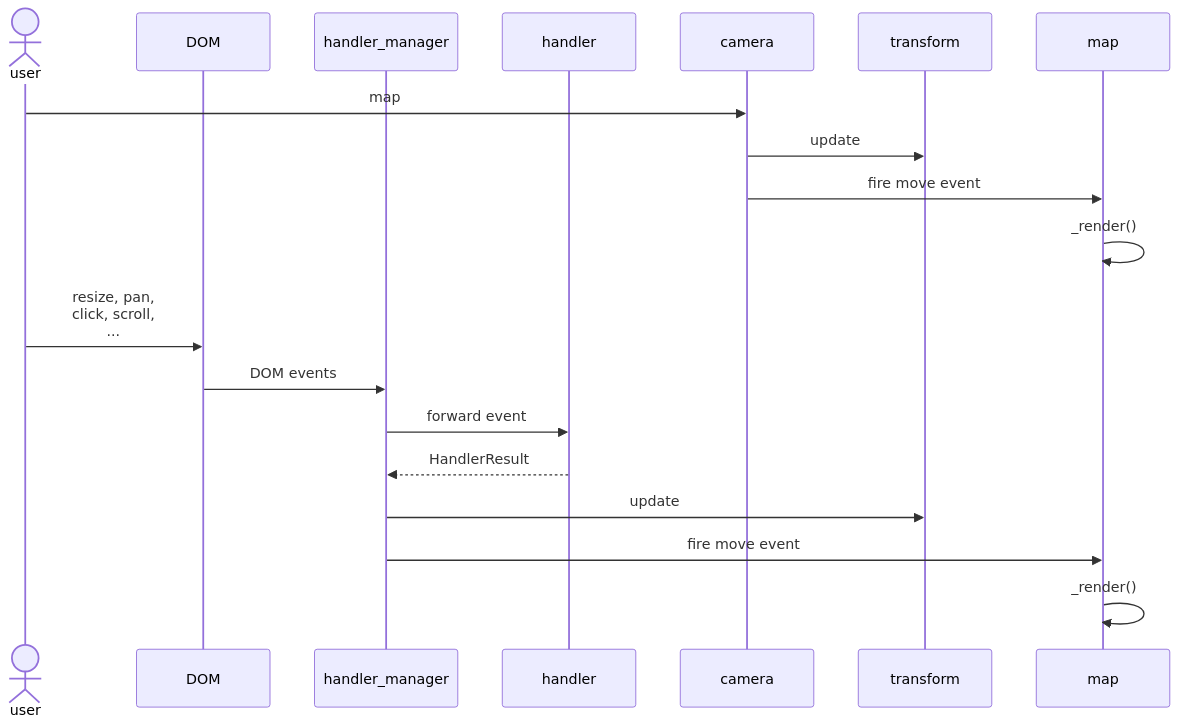
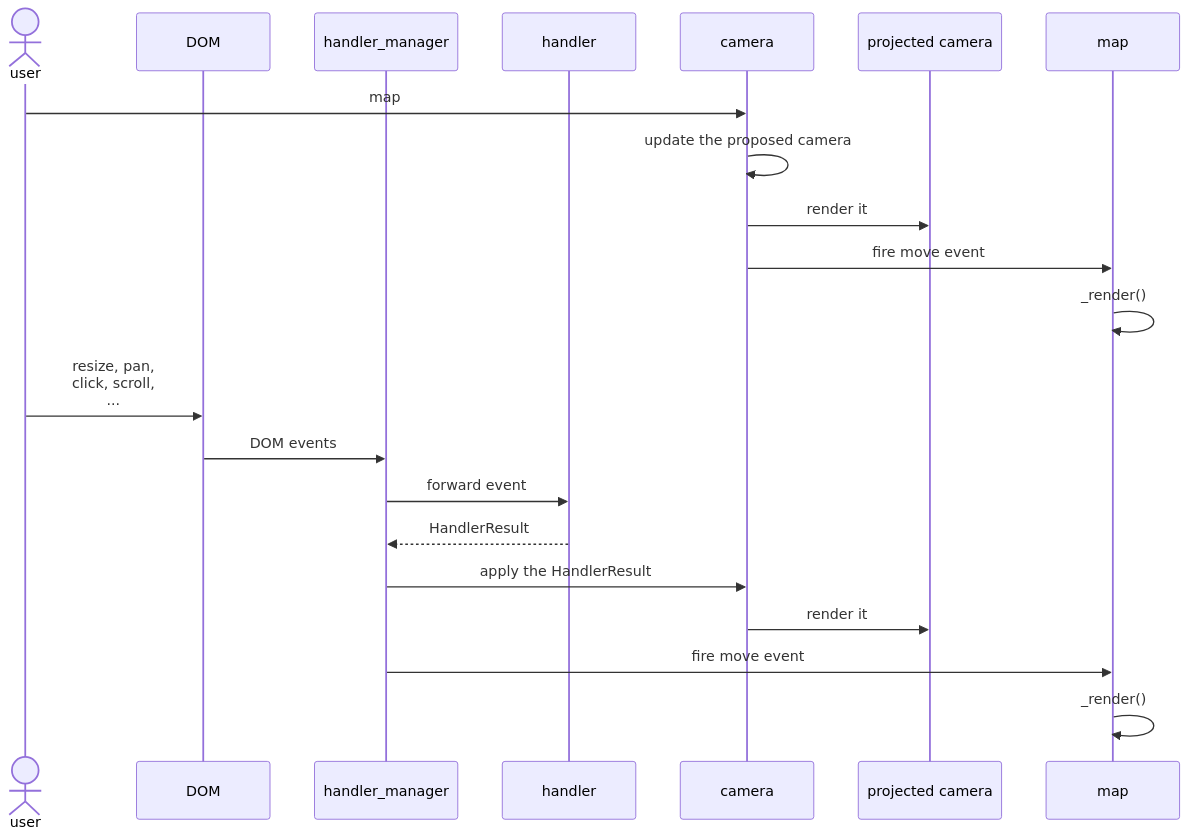
The first of 3 diagrams in developer-guides/life-of-a-tile.md (maplibre/maplibre-gl-js), drawn with Mermaid before and after one commit. The commit also changed other lines of this file and 163 other files, not shown here.

````diff
--- a/developer-guides/life-of-a-tile.md
+++ b/developer-guides/life-of-a-tile.md
@@ -13,23 +13,25 @@
 ```mermaid
 sequenceDiagram
     actor user
     participant DOM
     participant handler_manager
     participant handler
     participant camera
-    participant transform
+    participant projected_camera as projected camera
     participant map
 
     user->>camera: map#setCenter, map#panTo
-    camera->>transform: update
+    camera->>camera: update the proposed camera
+    camera->>projected_camera: render it
     camera->>map: fire move event
     map->>map: _render()
 
     user->>DOM: resize, pan,<br>click, scroll,<br>...
     DOM->>handler_manager: DOM events
     handler_manager->>handler: forward event
     handler-->>handler_manager: HandlerResult
-    handler_manager->>transform: update
+    handler_manager->>camera: apply the HandlerResult
+    camera->>projected_camera: render it
     handler_manager->>map: fire move event
     map->>map: _render()
 ```
````
